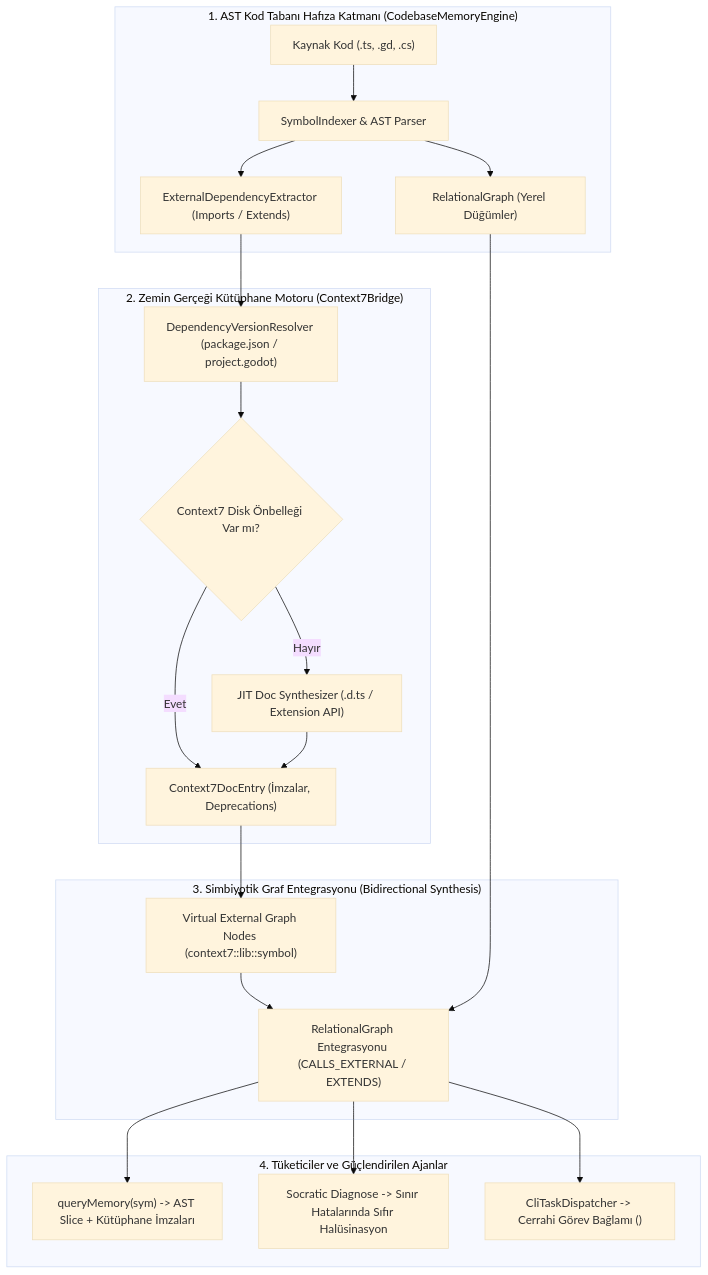
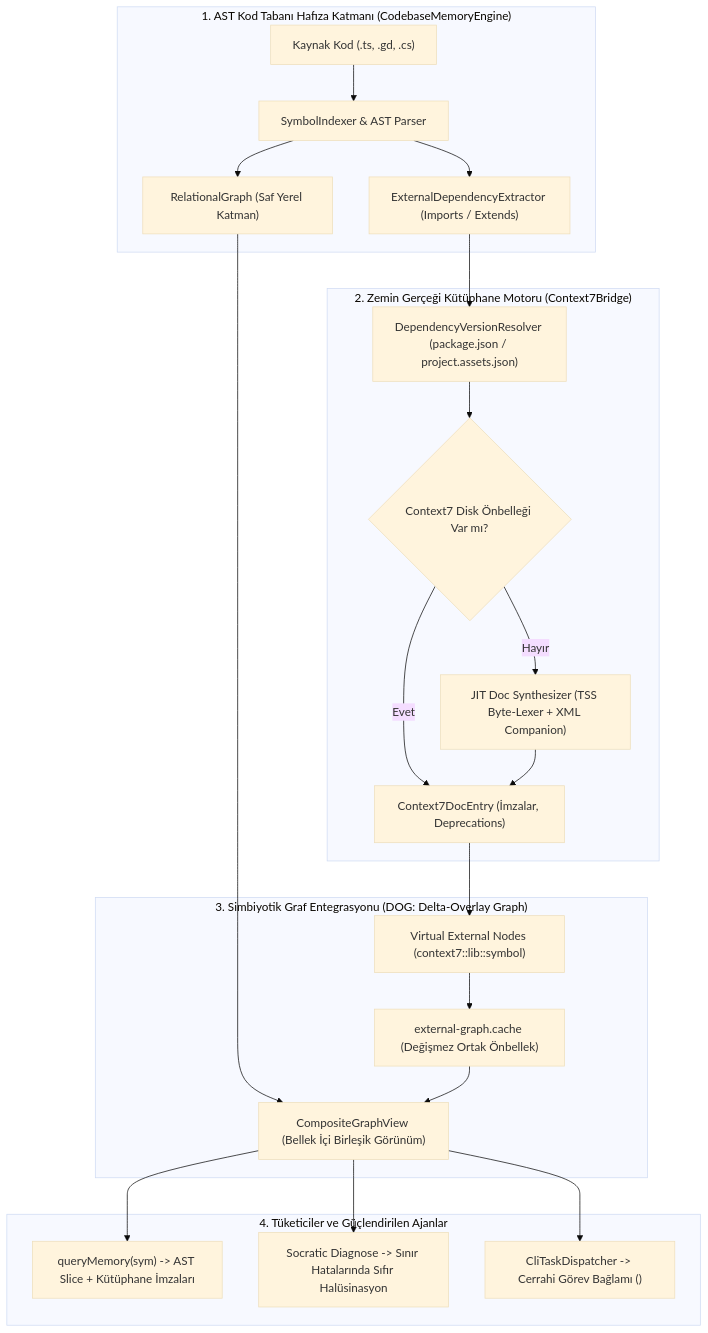
The diagram in docs/rfc/RFC-016-dynamic-symbiotic-substrate-context7bridge-and-codebasememoryengine.md (frkntlr/aegis), drawn with Mermaid (base theme) before and after one commit. The commit also changed other lines of this file, not shown here.

````diff
--- a/docs/rfc/RFC-016-dynamic-symbiotic-substrate-context7bridge-and-codebasememoryengine.md
+++ b/docs/rfc/RFC-016-dynamic-symbiotic-substrate-context7bridge-and-codebasememoryengine.md
@@ -33,28 +33,29 @@
 ```mermaid
 flowchart TD
     subgraph AST_LAYER["1. AST Kod Tabanı Hafıza Katmanı (CodebaseMemoryEngine)"]
         SRC["Kaynak Kod (.ts, .gd, .cs)"] --> PARSER["SymbolIndexer & AST Parser"]
         PARSER --> EXT_EXTR["ExternalDependencyExtractor (Imports / Extends)"]
-        PARSER --> LOCAL_GRAPH["RelationalGraph (Yerel Düğümler)"]
+        PARSER --> LOCAL_GRAPH["RelationalGraph (Saf Yerel Katman)"]
     end
 
     subgraph C7_LAYER["2. Zemin Gerçeği Kütüphane Motoru (Context7Bridge)"]
-        EXT_EXTR --> REG_RESOLV["DependencyVersionResolver (package.json / project.godot)"]
+        EXT_EXTR --> REG_RESOLV["DependencyVersionResolver (package.json / project.assets.json)"]
         REG_RESOLV --> CACHE_LOOKUP{"Context7 Disk Önbelleği Var mı?"}
         CACHE_LOOKUP -- Evet --> C7_DOC["Context7DocEntry (İmzalar, Deprecations)"]
-        CACHE_LOOKUP -- Hayır --> JIT["JIT Doc Synthesizer (.d.ts / Extension API)"]
+        CACHE_LOOKUP -- Hayır --> JIT["JIT Doc Synthesizer (TSS Byte-Lexer + XML Companion)"]
         JIT --> C7_DOC
     end
 
-    subgraph SYMBIOSIS["3. Simbiyotik Graf Entegrasyonu (Bidirectional Synthesis)"]
-        C7_DOC --> VIRTUAL_NODE["Virtual External Graph Nodes (context7::lib::symbol)"]
-        VIRTUAL_NODE --> REL_GRAPH["RelationalGraph Entegrasyonu (CALLS_EXTERNAL / EXTENDS)"]
-        LOCAL_GRAPH --> REL_GRAPH
+    subgraph SYMBIOSIS["3. Simbiyotik Graf Entegrasyonu (DOG: Delta-Overlay Graph)"]
+        C7_DOC --> VIRTUAL_NODE["Virtual External Nodes (context7::lib::symbol)"]
+        VIRTUAL_NODE --> EXT_CACHE["external-graph.cache (Değişmez Ortak Önbellek)"]
+        LOCAL_GRAPH --> COMPOSITE["CompositeGraphView (Bellek İçi Birleşik Görünüm)"]
+        EXT_CACHE --> COMPOSITE
     end
 
     subgraph CONSUMERS["4. Tüketiciler ve Güçlendirilen Ajanlar"]
-        REL_GRAPH --> MEM_QUERY["queryMemory(sym) -> AST Slice + Kütüphane İmzaları"]
-        REL_GRAPH --> SOCRATIC["Socratic Diagnose -> Sınır Hatalarında Sıfır Halüsinasyon"]
-        REL_GRAPH --> DISPATCHER["CliTaskDispatcher -> Cerrahi Görev Bağlamı (<ambient_types>)"]
+        COMPOSITE --> MEM_QUERY["queryMemory(sym) -> AST Slice + Kütüphane İmzaları"]
+        COMPOSITE --> SOCRATIC["Socratic Diagnose -> Sınır Hatalarında Sıfır Halüsinasyon"]
+        COMPOSITE --> DISPATCHER["CliTaskDispatcher -> Cerrahi Görev Bağlamı (<ambient_types>)"]
     end
 ```
````
